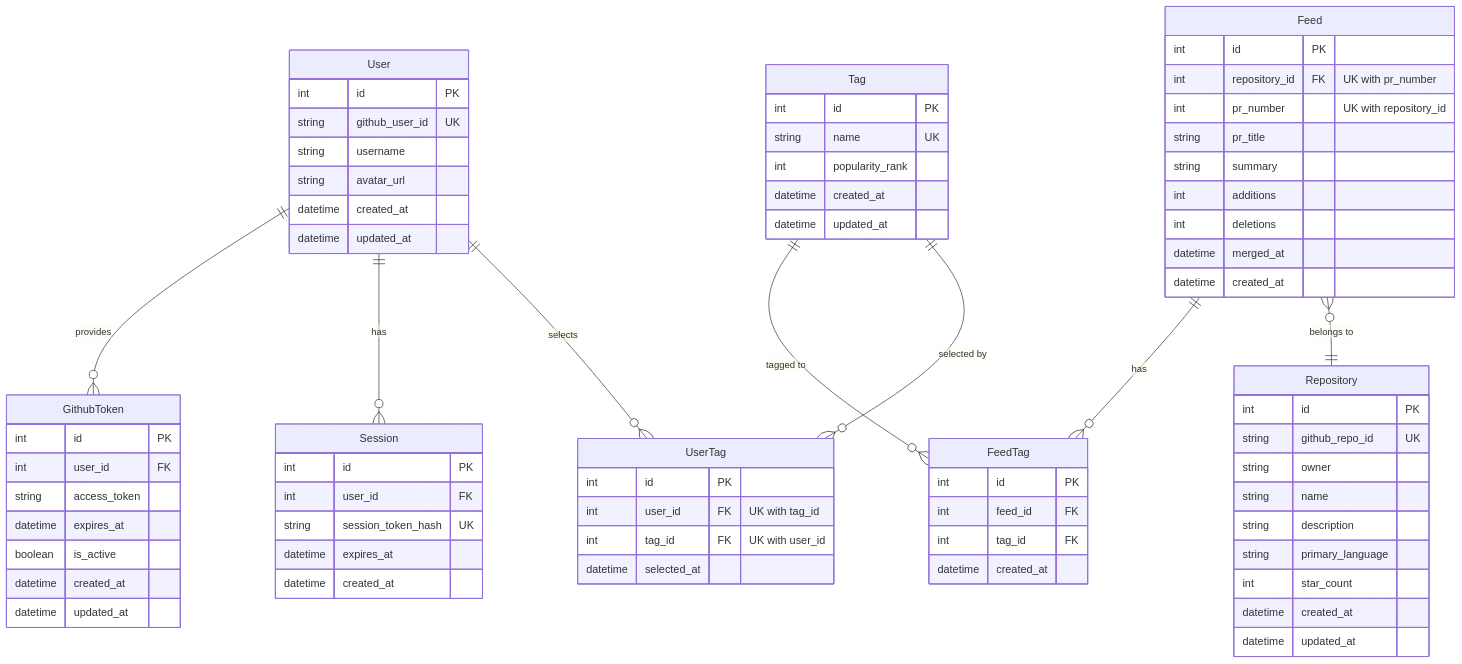
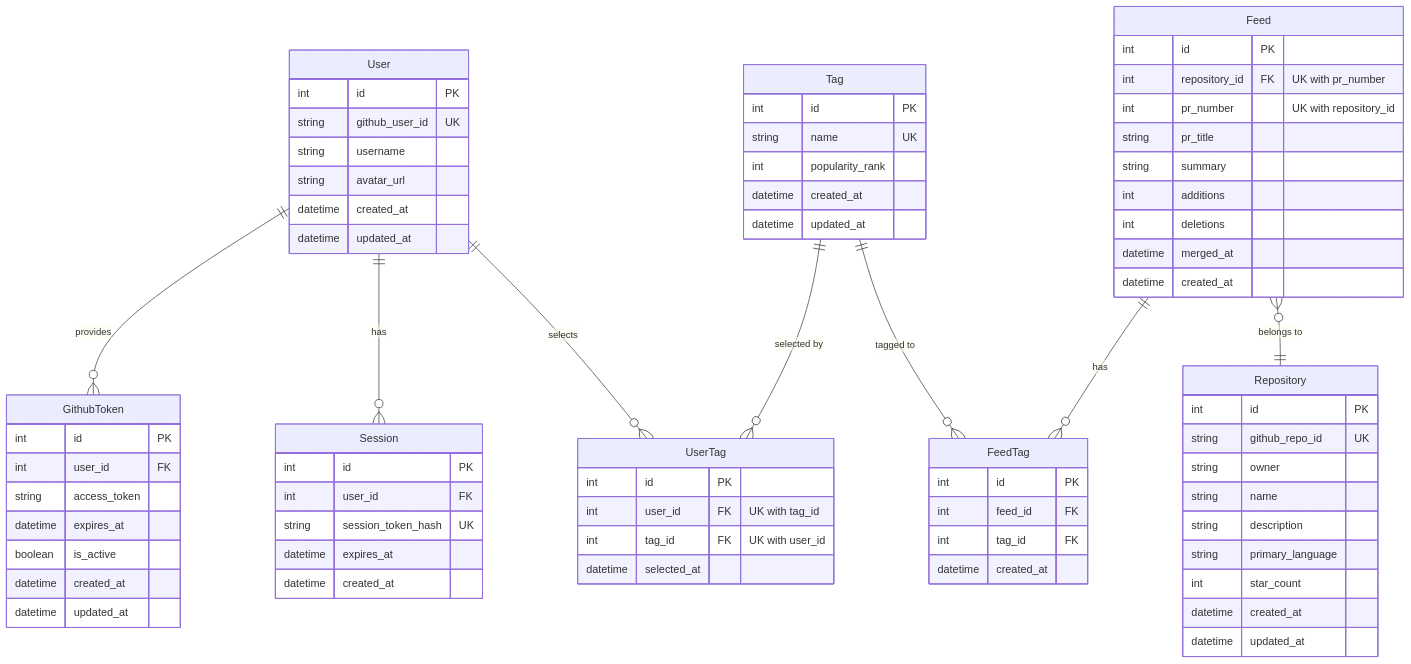
Before and after one commit to tsukuneA1/git-feed: the diagram in docs/er-diagram.md, drawn with Mermaid. The commit also changed other lines of this file, not shown here.

````diff
--- a/docs/er-diagram.md
+++ b/docs/er-diagram.md
@@ -1,12 +1,12 @@
 ```mermaid
 erDiagram
     User ||--o{ UserTag : "selects"
-    Tag ||--o{ UserTag : "selected by"
     User ||--o{ Session : "has"
     User ||--o{ GithubToken : "provides"
     Feed }o--|| Repository : "belongs to"
     Feed ||--o{ FeedTag : "has"
     Tag ||--o{ FeedTag : "tagged to"
+    Tag ||--o{ UserTag : "selected by"
 
     User {
         int id PK
````
